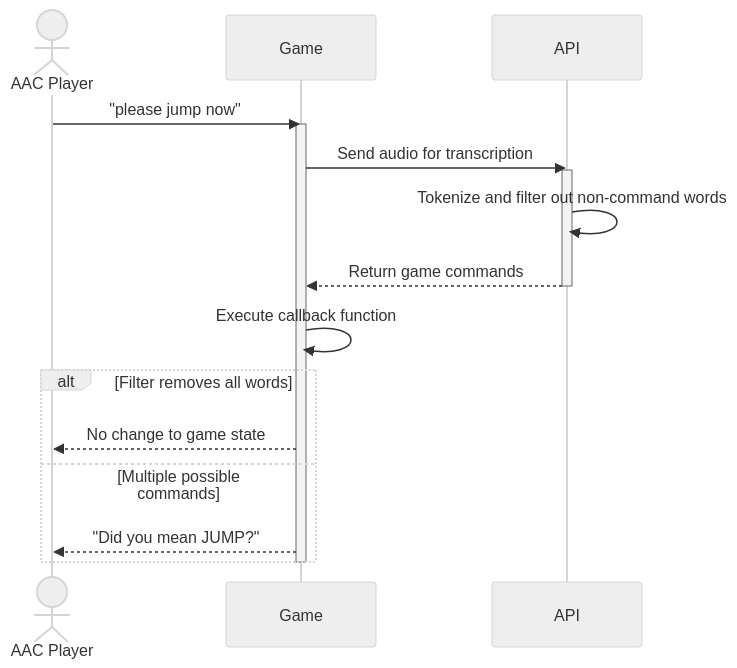
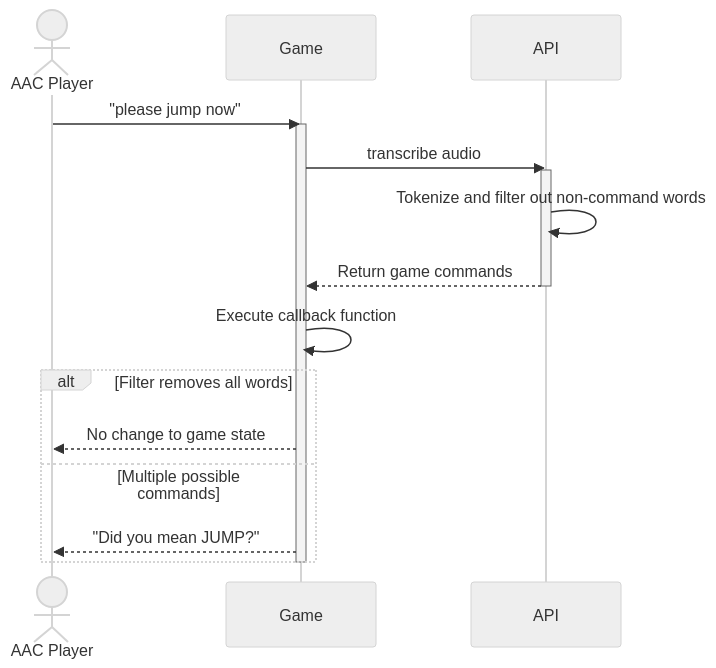
One commit to Capstone-Projects-2025-Fall/project-001-aac-api changed the second of 8 diagrams in documentation/docs/system-architecture/sequence-diagrams.md. Above: the diagram before and after it, drawn with Mermaid (neutral theme). The commit also changed other lines of this file, not shown here.

Commit message:
update Sequence Diagram 3

````diff
--- a/documentation/docs/system-architecture/sequence-diagrams.md
+++ b/documentation/docs/system-architecture/sequence-diagrams.md
@@ -51,22 +51,22 @@
 ```mermaid
 sequenceDiagram
     actor AAC Player
     participant Game
     participant API
     
     AAC Player->>Game: "please jump now"
     activate Game
-    Game->>API: Send audio for transcription
+    Game->>API: transcribe audio
     activate API
     API->>API: Tokenize and filter out non-command words
     API-->>Game: Return game commands
     deactivate API
     Game->>Game: Execute callback function
 
     alt Filter removes all words
         Game-->>AAC Player: No change to game state
     else Multiple possible commands
         Game-->>AAC Player: "Did you mean JUMP?"
     end
     deactivate Game
 ```
````
